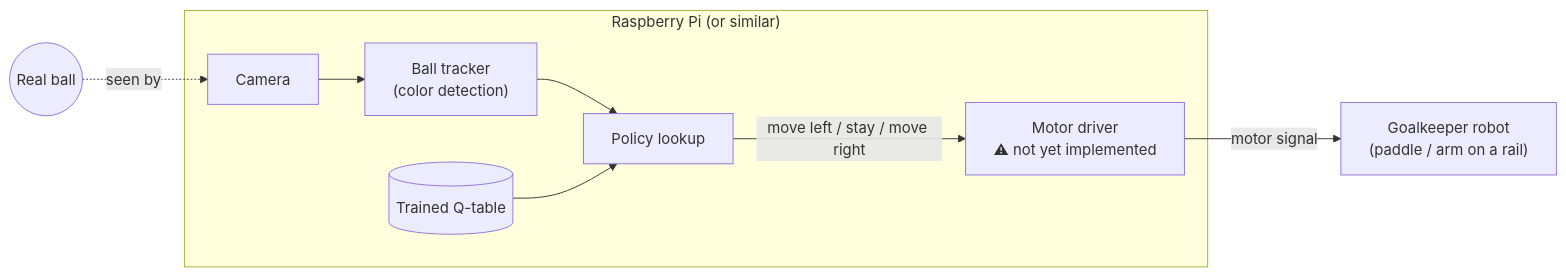
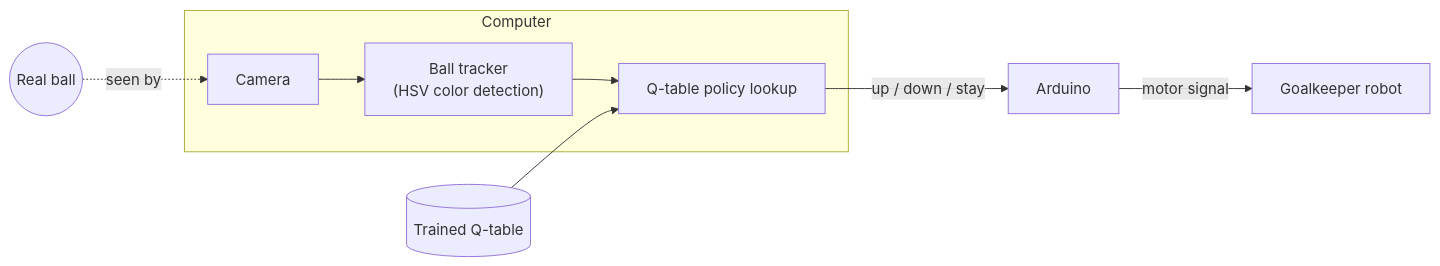
Before and after one commit to AMROAMRO404/Goalkeeper-QLearning: the second of 2 diagrams in README.md, drawn with Mermaid. The commit also changed other lines of this file, not shown here.

````diff
--- a/README.md
+++ b/README.md
@@ -32,20 +34,10 @@
 ```mermaid
 flowchart LR
-    BALL((Real ball))
-    ROBOT["Goalkeeper robot<br/>(paddle / arm on a rail)"]
-
-    subgraph PI["Raspberry Pi (or similar)"]
-        CAM["Camera"]
-        TRACK["Ball tracker<br/>(color detection)"]
-        QT2[("Trained Q-table")]
-        POLICY["Policy lookup"]
-        DRIVER["Motor driver<br/>⚠ not yet implemented"]
-
-        CAM --> TRACK --> POLICY
-        QT2 --> POLICY
-        POLICY -- "move left / stay / move right" --> DRIVER
+    BALL((Real ball)) -. seen by .-> CAM
+    subgraph PC["Computer"]
+        CAM["Camera"] --> TRACK["Ball tracker<br/>(HSV color detection)"] --> POLICY["Q-table policy lookup"]
     end
-
-    BALL -. "seen by" .-> CAM
-    DRIVER -- motor signal --> ROBOT
+    QT2[("Trained Q-table")] --> POLICY
+    POLICY -- "up / down / stay" --> ARD["Arduino"]
+    ARD -- motor signal --> ROBOT["Goalkeeper robot"]
 ```
````
